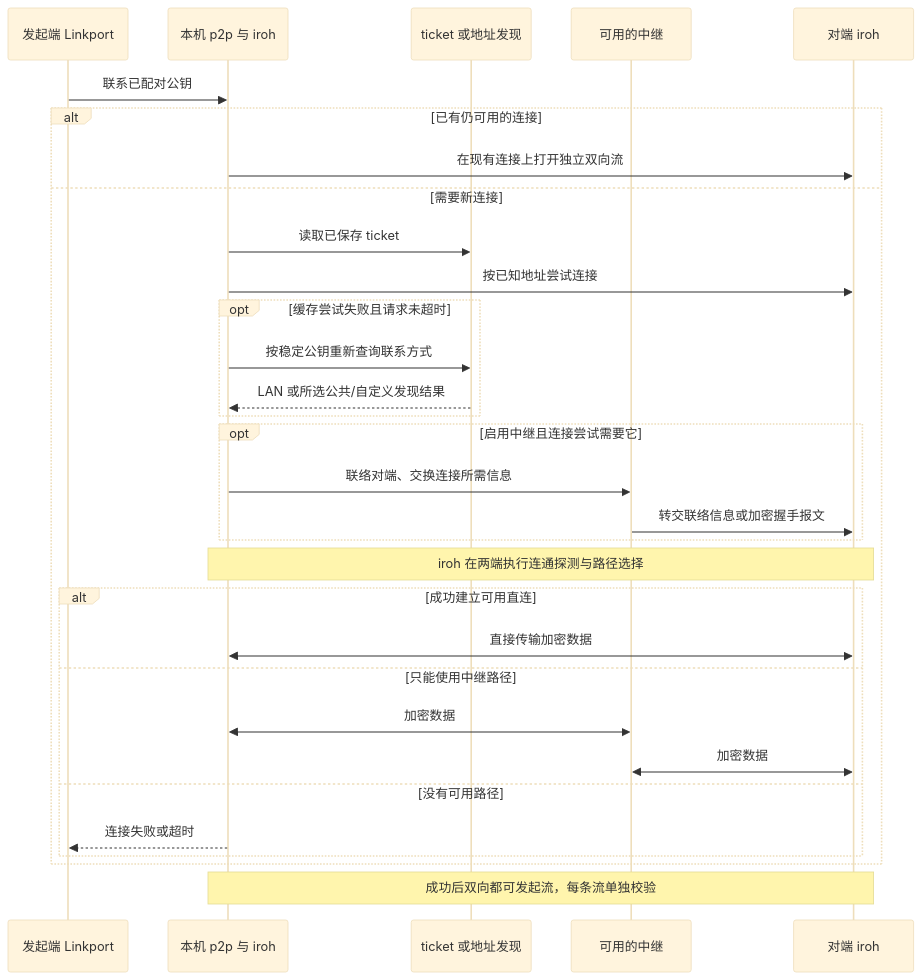
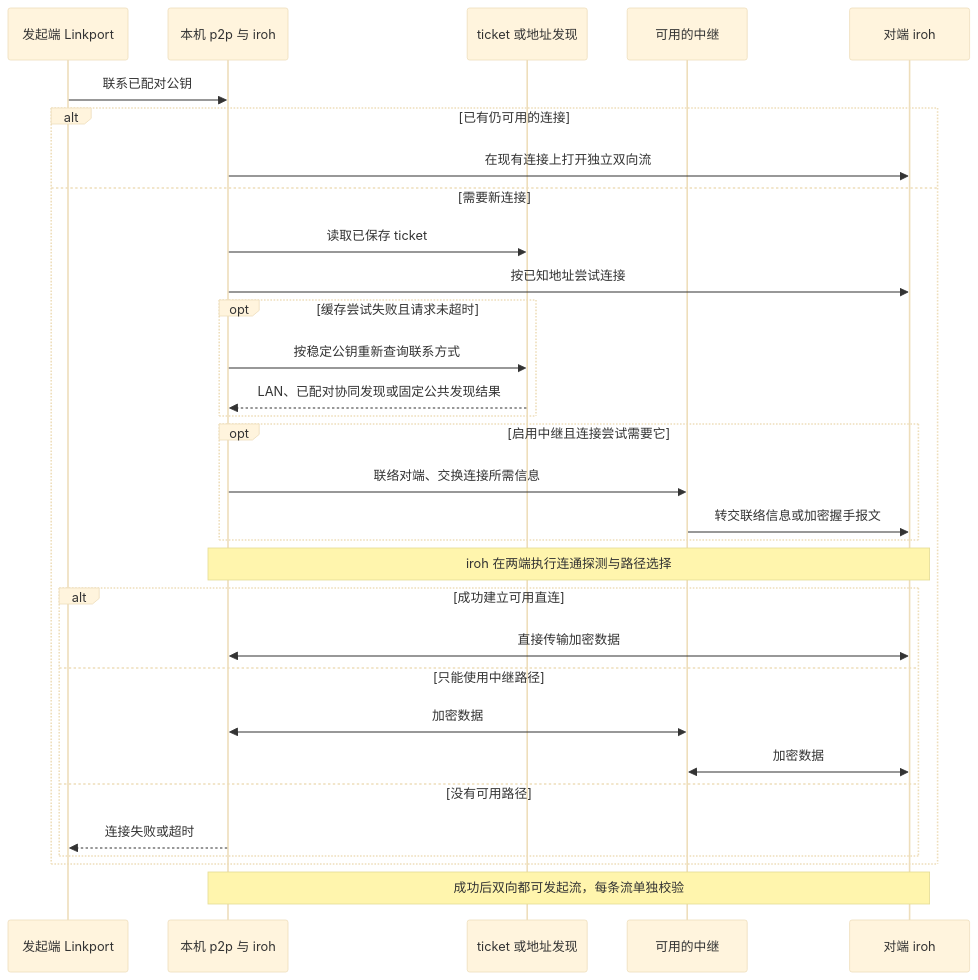
Before and after one commit to Sid9017/linkport: the third of 11 diagrams in docs/interaction-sequences.md, drawn with Mermaid (base theme). The commit also changed other lines of this file and 52 other files, not shown here.

````diff
--- a/docs/interaction-sequences.md
+++ b/docs/interaction-sequences.md
@@ -95,33 +95,33 @@
 ```mermaid
 sequenceDiagram
     participant App as 发起端 Linkport
     participant Local as 本机 p2p 与 iroh
     participant Lookup as ticket 或地址发现
     participant Relay as 可用的中继
     participant Peer as 对端 iroh
     App->>Local: 联系已配对公钥
     alt 已有仍可用的连接
         Local->>Peer: 在现有连接上打开独立双向流
     else 需要新连接
         Local->>Lookup: 读取已保存 ticket
         Local->>Peer: 按已知地址尝试连接
         opt 缓存尝试失败且请求未超时
             Local->>Lookup: 按稳定公钥重新查询联系方式
-            Lookup-->>Local: LAN 或所选公共/自定义发现结果
+            Lookup-->>Local: LAN、已配对协同发现或固定公共发现结果
         end
         opt 启用中继且连接尝试需要它
             Local->>Relay: 联络对端、交换连接所需信息
             Relay->>Peer: 转交联络信息或加密握手报文
         end
         Note over Local,Peer: iroh 在两端执行连通探测与路径选择
         alt 成功建立可用直连
             Local<<->>Peer: 直接传输加密数据
         else 只能使用中继路径
             Local<<->>Relay: 加密数据
             Relay<<->>Peer: 加密数据
         else 没有可用路径
             Local-->>App: 连接失败或超时
         end
     end
     Note over Local,Peer: 成功后双向都可发起流，每条流单独校验
 ```
````
